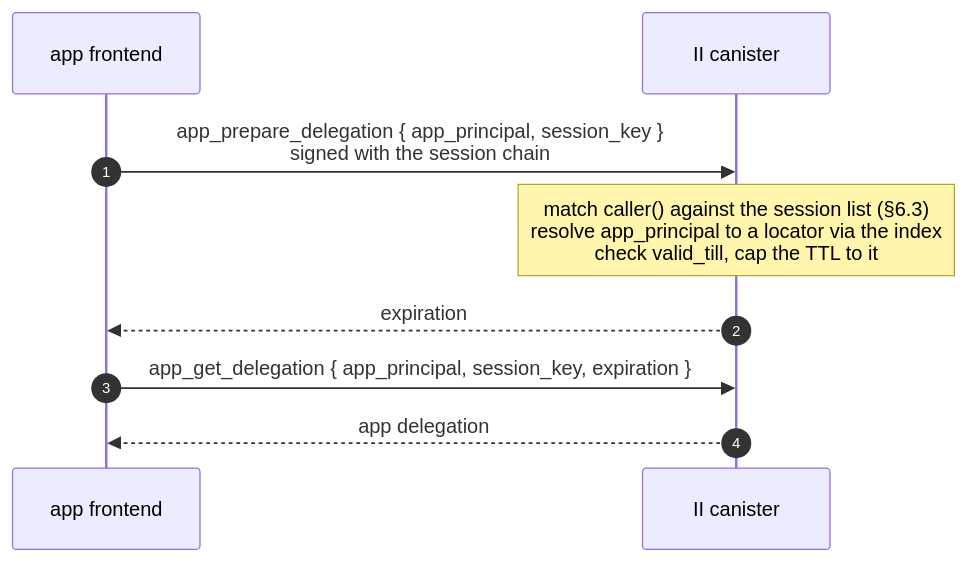
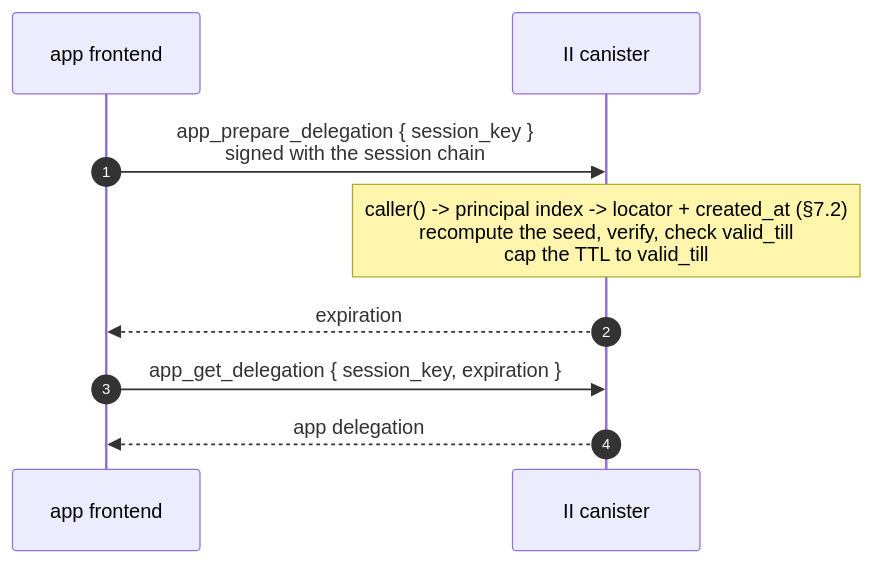
Before and after one commit to dfinity/internet-identity: the fifth of 7 diagrams in docs/ongoing/revocable-app-sessions.md, drawn with Mermaid. The commit also changed other lines of this file, not shown here.

````diff
--- a/docs/ongoing/revocable-app-sessions.md
+++ b/docs/ongoing/revocable-app-sessions.md
@@ -315,11 +320,11 @@
 ```mermaid
 sequenceDiagram
     autonumber
     participant App as app frontend
     participant IIC as II canister
-    App->>IIC: app_prepare_delegation { app_principal, session_key }<br/>signed with the session chain
-    Note over IIC: match caller() against the session list (§6.3)<br/>resolve app_principal to a locator via the index<br/>check valid_till, cap the TTL to it
+    App->>IIC: app_prepare_delegation { session_key }<br/>signed with the session chain
+    Note over IIC: caller() -> principal index -> locator + created_at (§7.2)<br/>recompute the seed, verify, check valid_till<br/>cap the TTL to valid_till
     IIC-->>App: expiration
-    App->>IIC: app_get_delegation { app_principal, session_key, expiration }
+    App->>IIC: app_get_delegation { session_key, expiration }
     IIC-->>App: app delegation
 ```
````
